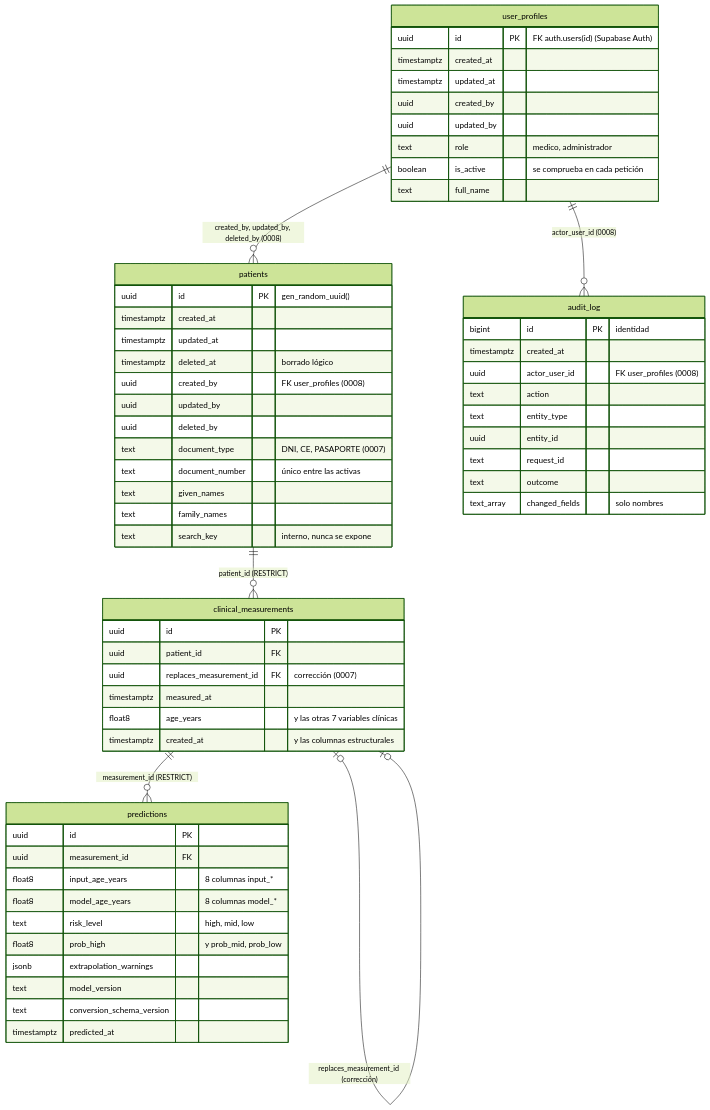
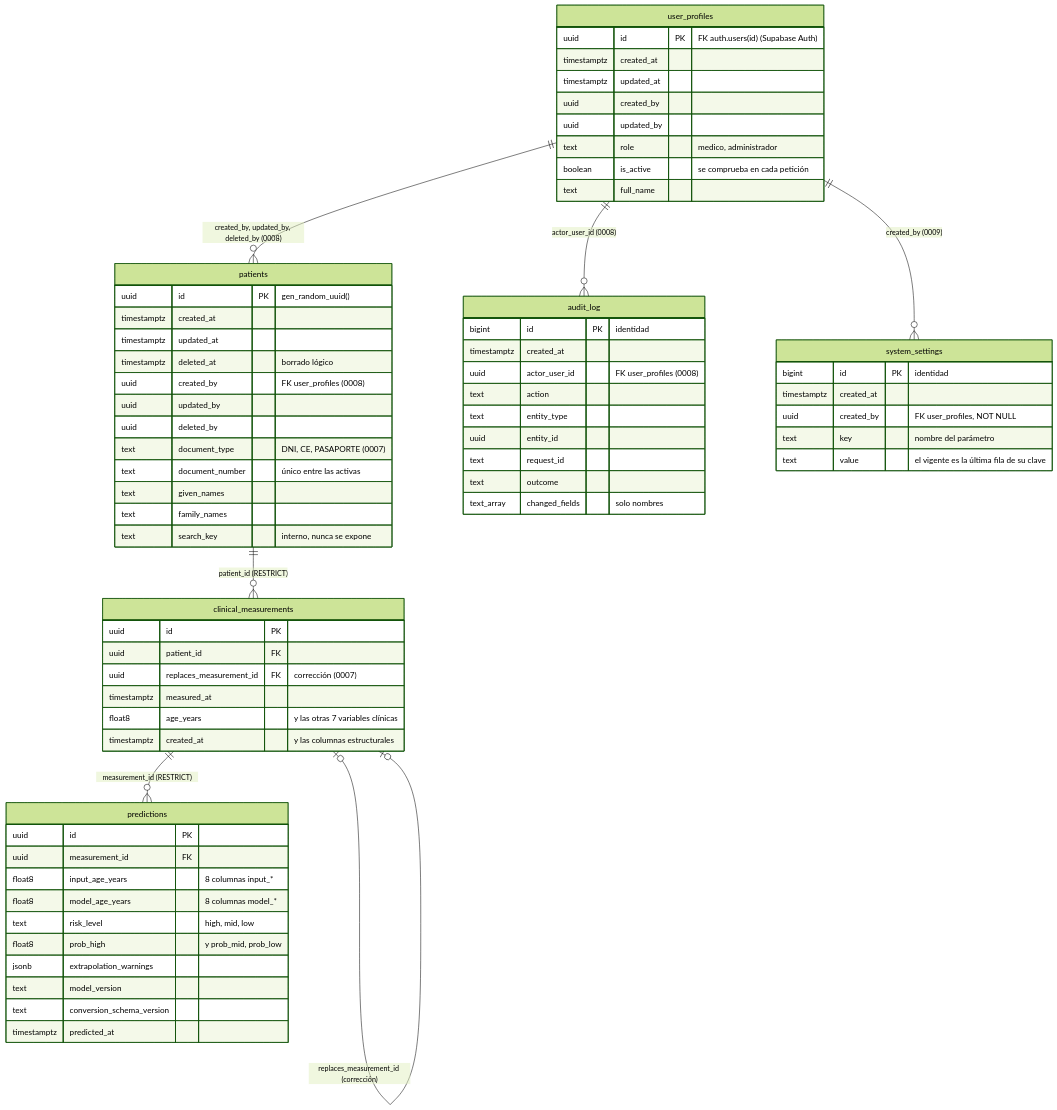
Before and after one commit to jhanio/gynfem-backend: the diagram in docs/ERD.md, drawn with Mermaid (forest theme). The commit also changed other lines of this file and 11 other files, not shown here.

````diff
--- a/docs/ERD.md
+++ b/docs/ERD.md
@@ -73,65 +76,73 @@
 ```mermaid
 erDiagram
     patients ||--o{ clinical_measurements : "patient_id (RESTRICT)"
     clinical_measurements ||--o{ predictions : "measurement_id (RESTRICT)"
     clinical_measurements |o--o| clinical_measurements : "replaces_measurement_id (corrección)"
 
     patients {
         uuid id PK "gen_random_uuid()"
         timestamptz created_at
         timestamptz updated_at
         timestamptz deleted_at "borrado lógico"
         uuid created_by "FK user_profiles (0008)"
         uuid updated_by
         uuid deleted_by
         text document_type "DNI, CE, PASAPORTE (0007)"
         text document_number "único entre las activas"
         text given_names
         text family_names
         text search_key "interno, nunca se expone"
     }
     clinical_measurements {
         uuid id PK
         uuid patient_id FK
         uuid replaces_measurement_id FK "corrección (0007)"
         timestamptz measured_at
         float8 age_years "y las otras 7 variables clínicas"
         timestamptz created_at "y las columnas estructurales"
     }
     predictions {
         uuid id PK
         uuid measurement_id FK
         float8 input_age_years "8 columnas input_*"
         float8 model_age_years "8 columnas model_*"
         text risk_level "high, mid, low"
         float8 prob_high "y prob_mid, prob_low"
         jsonb extrapolation_warnings
         text model_version
         text conversion_schema_version
         timestamptz predicted_at
     }
     user_profiles ||--o{ patients : "created_by, updated_by, deleted_by (0008)"
     user_profiles ||--o{ audit_log : "actor_user_id (0008)"
+    user_profiles ||--o{ system_settings : "created_by (0009)"
 
     user_profiles {
         uuid id PK "FK auth.users(id) (Supabase Auth)"
         timestamptz created_at
         timestamptz updated_at
         uuid created_by
         uuid updated_by
         text role "medico, administrador"
         boolean is_active "se comprueba en cada petición"
         text full_name
     }
     audit_log {
         bigint id PK "identidad"
         timestamptz created_at
         uuid actor_user_id "FK user_profiles (0008)"
         text action
         text entity_type
         uuid entity_id
         text request_id
         text outcome
         text_array changed_fields "solo nombres"
     }
+    system_settings {
+        bigint id PK "identidad"
+        timestamptz created_at
+        uuid created_by "FK user_profiles, NOT NULL"
+        text key "nombre del parámetro"
+        text value "el vigente es la última fila de su clave"
+    }
 ```
````
